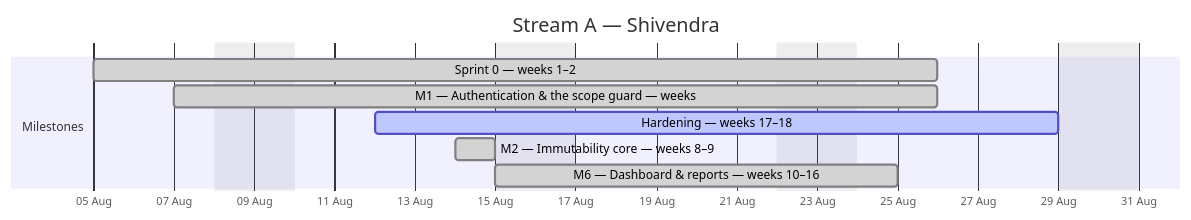
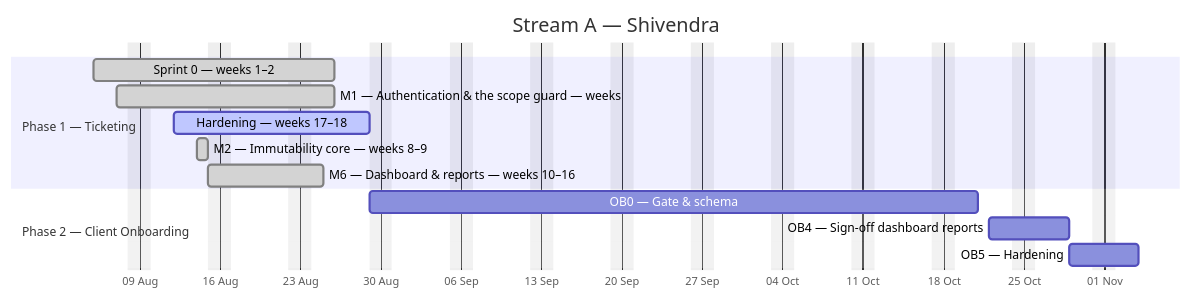
The first of 4 diagrams in docs/plan/GANTT.md (debashisedunext/EduTrack), drawn with Mermaid before and after one commit. The commit also changed other lines of this file and 9 other files, not shown here.

````diff
--- a/docs/plan/GANTT.md
+++ b/docs/plan/GANTT.md
@@ -74,13 +146,17 @@
 ```mermaid
 gantt
     dateFormat YYYY-MM-DD
     axisFormat %d %b
     title Stream A — Shivendra
     excludes weekends
-    section Milestones
+    section Phase 1 — Ticketing
     Sprint 0 — weeks 1–2 :done, a0, 2026-08-05, 15d
     M1 — Authentication & the scope guard — weeks :done, a1, 2026-08-07, 13d
     Hardening — weeks 17–18 :active, a2, 2026-08-12, 13d
     M2 — Immutability core — weeks 8–9 :done, a3, 2026-08-14, 1d
     M6 — Dashboard & reports — weeks 10–16 :done, a4, 2026-08-15, 7d
+    section Phase 2 — Client Onboarding
+    OB0 — Gate & schema :a5, 2026-08-29, 38d
+    OB4 — Sign-off  dashboard  reports :a6, 2026-10-22, 5d
+    OB5 — Hardening :a7, 2026-10-29, 4d
 ```
````
